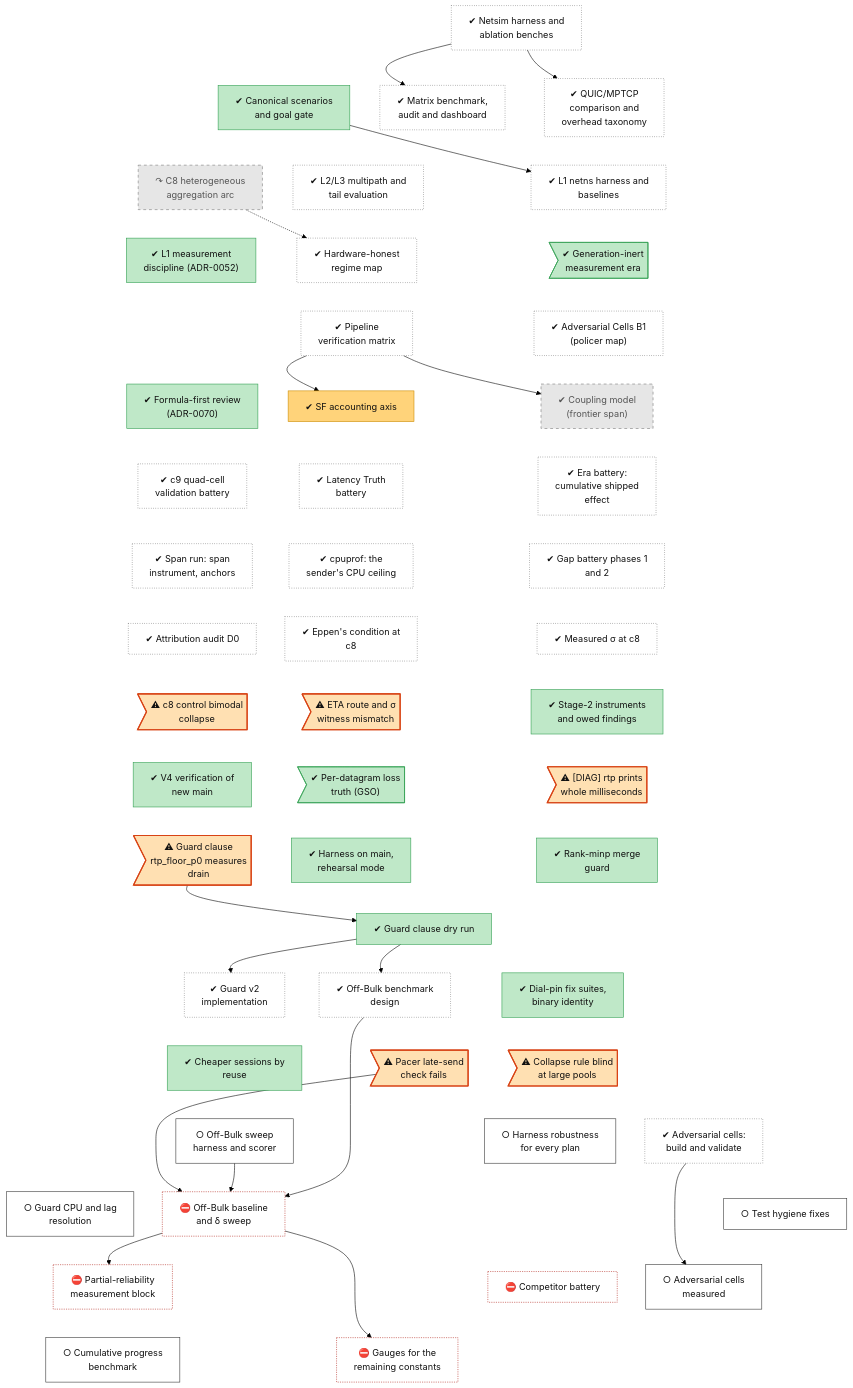
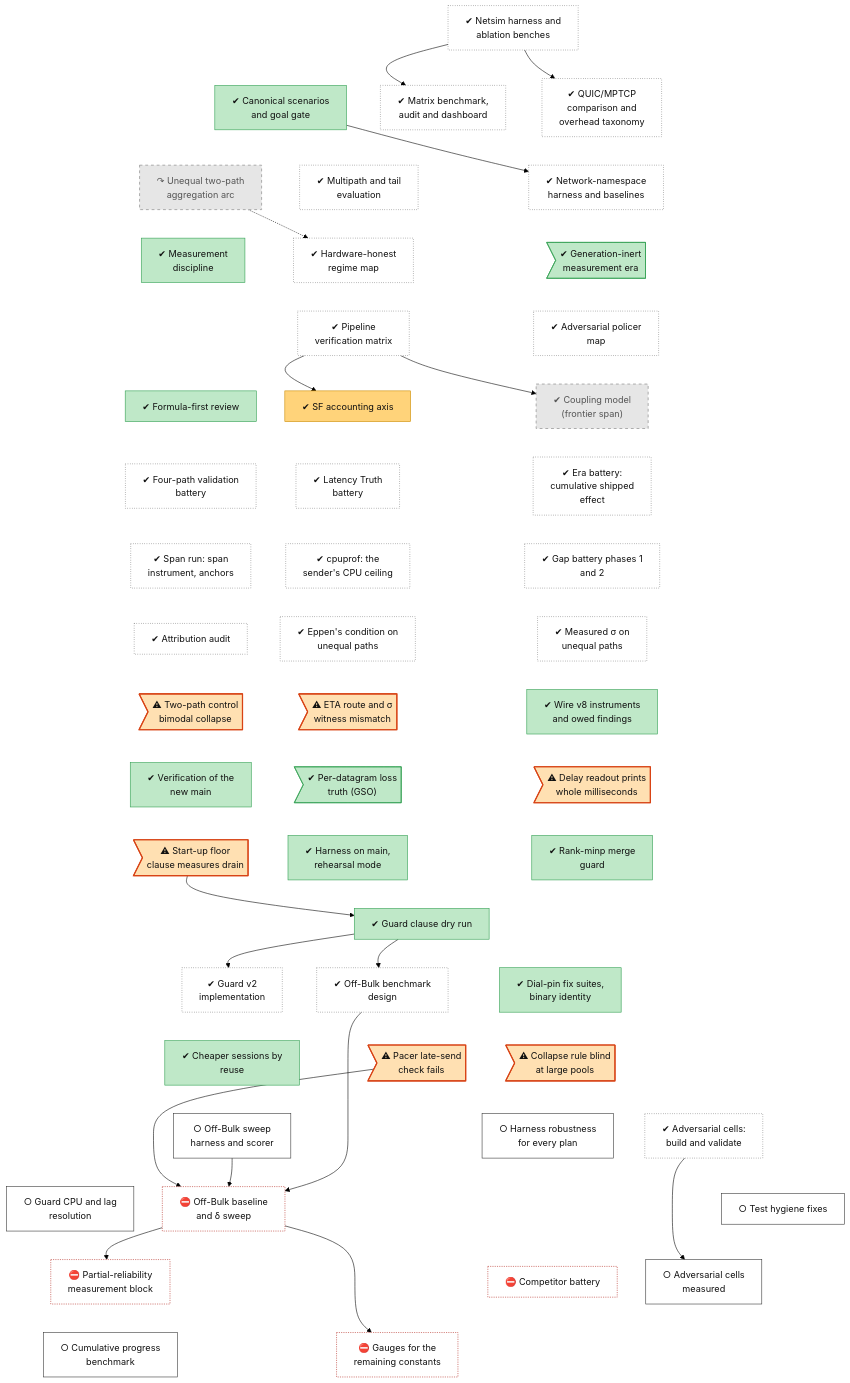
One commit to lhns/raptorpath changed the diagram in docs/roadmap/tracks/meas.md. Above: the diagram before and after it, drawn with Mermaid (forest theme). The commit also changed other lines of this file and 13 other files, not shown here.

First line of the commit message:
roadmap: titles without internal codes - no ADR numbers, arm and gate names, test-cell names, plan, lever or phase letters; a removed code with no other record is kept in notes

```diff
--- a/docs/roadmap/tracks/meas.md
+++ b/docs/roadmap/tracks/meas.md
@@ -13,35 +13,35 @@
     meas_transport_comparison["✔ QUIC/MPTCP<br/>comparison and<br/>overhead taxonomy"]
     meas_matrix_bench["✔ Matrix benchmark,<br/>audit and dashboard"]
     meas_adr51_scenarios["✔ Canonical scenarios<br/>and goal gate"]
-    meas_l1_harness["✔ L1 netns harness and<br/>baselines"]
-    meas_l2_multipath["✔ L2/L3 multipath and<br/>tail evaluation"]
-    meas_c8_aggregation_arc["↷ C8 heterogeneous<br/>aggregation arc"]
+    meas_l1_harness["✔ Network-namespace<br/>harness and baselines"]
+    meas_l2_multipath["✔ Multipath and tail<br/>evaluation"]
+    meas_c8_aggregation_arc["↷ Unequal two-path<br/>aggregation arc"]
     meas_gen_inert_era>"✔ Generation-inert<br/>measurement era"]
     meas_regime_map["✔ Hardware-honest<br/>regime map"]
-    meas_adr52_discipline["✔ L1 measurement<br/>discipline (ADR-0052)"]
-    meas_adversarial_b1["✔ Adversarial Cells B1<br/>(policer map)"]
+    meas_adr52_discipline["✔ Measurement<br/>discipline"]
+    meas_adversarial_b1["✔ Adversarial policer<br/>map"]
     meas_pipeline_verification["✔ Pipeline<br/>verification matrix"]
     meas_coupling_model["✔ Coupling model<br/>(frontier span)"]
     meas_sf_accounting["✔ SF accounting axis"]
-    meas_formula_first["✔ Formula-first review<br/>(ADR-0070)"]
+    meas_formula_first["✔ Formula-first review"]
     meas_goal_0819["✔ Era battery:<br/>cumulative shipped<br/>effect"]
     meas_latency_truth["✔ Latency Truth<br/>battery"]
-    meas_c9_battery["✔ c9 quad-cell<br/>validation battery"]
+    meas_c9_battery["✔ Four-path validation<br/>battery"]
     meas_gap_phases["✔ Gap battery phases 1<br/>and 2"]
     meas_cpuprof["✔ cpuprof: the<br/>sender's CPU ceiling"]
     meas_span_run["✔ Span run: span<br/>instrument, anchors"]
-    meas_sigma_c8["✔ Measured σ at c8"]
-    meas_eppen_c8["✔ Eppen's condition at<br/>c8"]
-    meas_attribution_audit["✔ Attribution audit D0"]
-    meas_wire_v8["✔ Stage-2 instruments<br/>and owed findings"]
+    meas_sigma_c8["✔ Measured σ on<br/>unequal paths"]
+    meas_eppen_c8["✔ Eppen's condition on<br/>unequal paths"]
+    meas_attribution_audit["✔ Attribution audit"]
+    meas_wire_v8["✔ Wire v8 instruments<br/>and owed findings"]
     meas_defect_eta_witness>"⚠ ETA route and σ<br/>witness mismatch"]
-    meas_defect_c8_bimodal>"⚠ c8 control bimodal<br/>collapse"]
-    meas_defect_diag_rtp_ms>"⚠ #91;DIAG#93; rtp prints<br/>whole milliseconds"]
+    meas_defect_c8_bimodal>"⚠ Two-path control<br/>bimodal collapse"]
+    meas_defect_diag_rtp_ms>"⚠ Delay readout prints<br/>whole milliseconds"]
     meas_gso_truth>"✔ Per-datagram loss<br/>truth (GSO)"]
-    meas_v4_verification["✔ V4 verification of<br/>new main"]
+    meas_v4_verification["✔ Verification of the<br/>new main"]
     meas_guard_41c["✔ Rank-minp merge<br/>guard"]
     meas_harness_consolidation["✔ Harness on main,<br/>rehearsal mode"]
-    meas_defect_rtp_floor>"⚠ Guard clause<br/>rtp_floor_p0 measures<br/>drain"]
+    meas_defect_rtp_floor>"⚠ Start-up floor<br/>clause measures drain"]
     meas_guard_clause_dry["✔ Guard clause dry run"]
     meas_guard_v2_impl["✔ Guard v2<br/>implementation"]
     meas_s51_design["✔ Off-Bulk benchmark<br/>design"]
```
